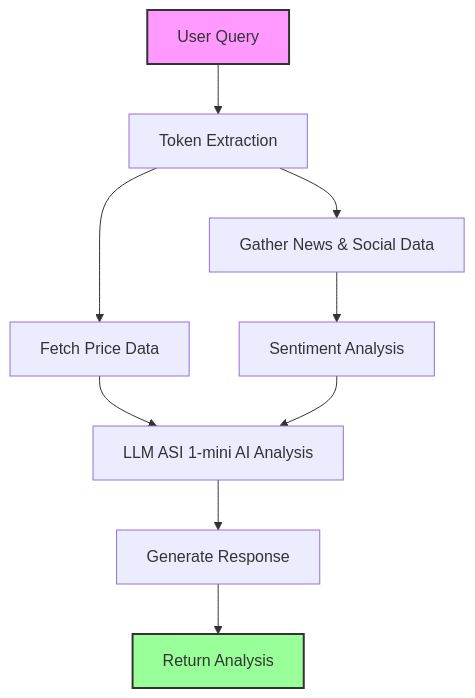
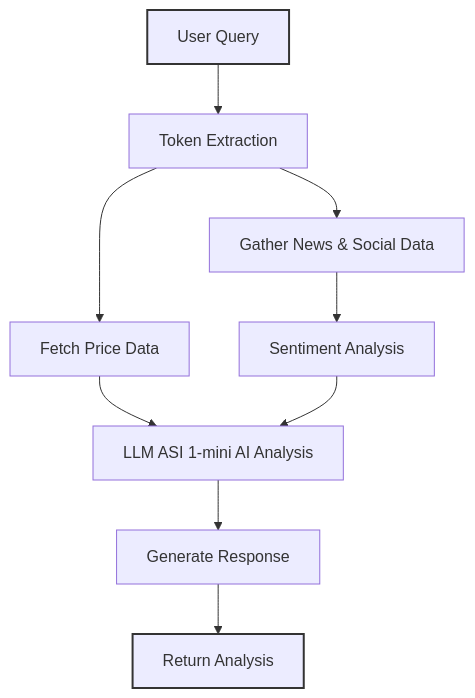
The diagram in README.md (6u5t4v05ouz4/token-sentiment-tracker), drawn with Mermaid before and after one commit.

````diff
--- a/README.md
+++ b/README.md
@@ -142,14 +142,14 @@
 ```mermaid
 graph TD
     A[User Query] --> B[Token Extraction]
     B --> C[Fetch Price Data]
     B --> D[Gather News & Social Data]
     D --> E[Sentiment Analysis]
     C --> F[LLM ASI 1-mini AI Analysis]
     E --> F
     F --> G[Generate Response]
     G --> H[Return Analysis]
     
-    style A fill:#f9f,stroke:#333,stroke-width:2px
-    style H fill:#9f9,stroke:#333,stroke-width:2px
+    style A stroke:#333,stroke-width:2px
+    style H stroke:#333,stroke-width:2px
 ```
````
